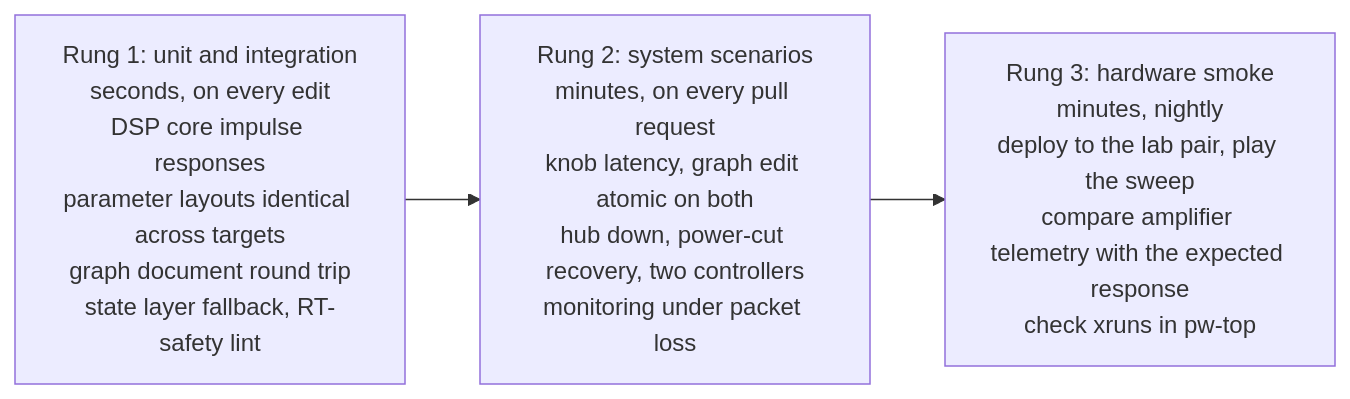
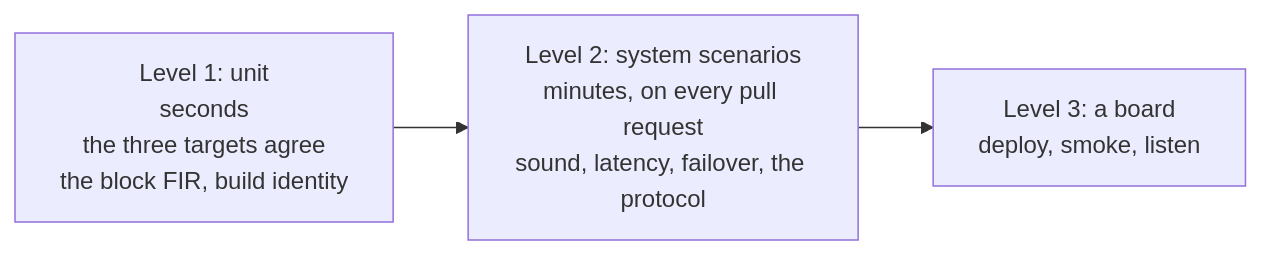
One commit to AMuszkat/bpi_amp_platform changed the fifth of 6 diagrams in docs/autonomous-development.md. Above: the diagram before and after it, drawn with Mermaid. The commit also changed other lines of this file and 28 other files, not shown here.

````diff
--- a/docs/autonomous-development.md
+++ b/docs/autonomous-development.md
@@ -310,7 +130,7 @@
 ```mermaid
 flowchart LR
-    unit["Rung 1: unit and integration<br/>seconds, on every edit<br/>DSP core impulse responses<br/>parameter layouts identical across targets<br/>graph document round trip<br/>state layer fallback, RT-safety lint"]
-    sys["Rung 2: system scenarios<br/>minutes, on every pull request<br/>knob latency, graph edit atomic on both<br/>hub down, power-cut recovery, two controllers<br/>monitoring under packet loss"]
-    hw["Rung 3: hardware smoke<br/>minutes, nightly<br/>deploy to the lab pair, play the sweep<br/>compare amplifier telemetry with the expected response<br/>check xruns in pw-top"]
+    unit["Level 1: unit<br/>seconds<br/>the three targets agree<br/>the block FIR, build identity"]
+    sys["Level 2: system scenarios<br/>minutes, on every pull request<br/>sound, latency, failover, the protocol"]
+    hw["Level 3: a board<br/>deploy, smoke, listen"]
     unit --> sys --> hw
 ```
````
